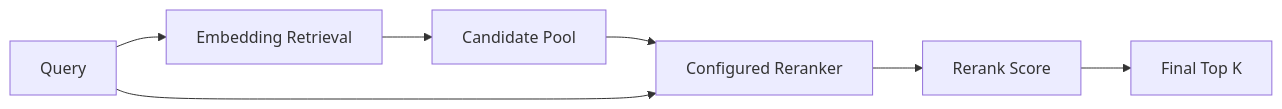
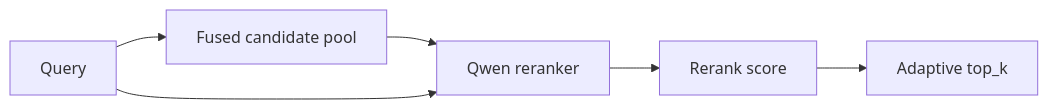
One commit to apinheiro99/rag-mcp changed the fifth of 6 diagrams in docs/architecture.md. Above: the diagram before and after it, drawn with Mermaid. The commit also changed other lines of this file and 6 other files, not shown here.

````diff
--- a/docs/architecture.md
+++ b/docs/architecture.md
@@ -303,9 +338,8 @@
 ```mermaid
 flowchart LR
-    Q[Query] --> E[Embedding Retrieval]
-    E --> CP[Candidate Pool]
-    CP --> RR[Configured Reranker]
+    Q[Query] --> C[Fused candidate pool]
+    C --> RR[Qwen reranker]
     Q --> RR
-    RR --> RS[Rerank Score]
-    RS --> FK[Final Top K]
+    RR --> RS[Rerank score]
+    RS --> AK[Adaptive top_k]
 ```
````
